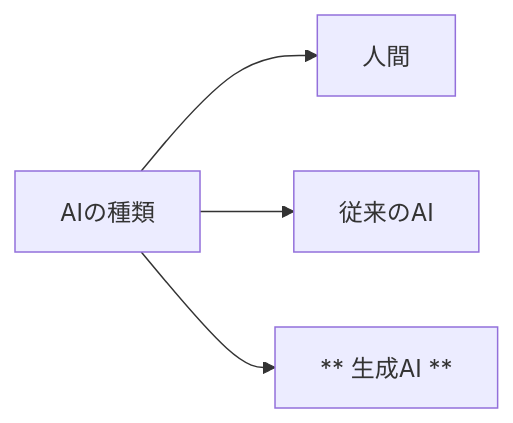
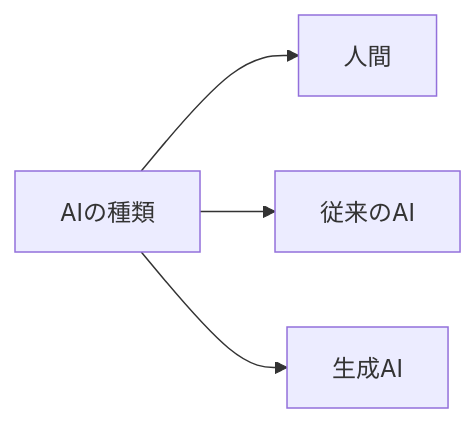
Before and after one commit to SparklingDetergent/doc_genai_Using_Generative_AI_with_Mac_Mini_-Introduction-: the first of 10 diagrams in README.md, drawn with Mermaid. The commit also changed other lines of this file, not shown here.

````diff
--- a/README.md
+++ b/README.md
@@ -13,6 +21,6 @@
 ```mermaid
 graph LR
     A[AIの種類] --> B[人間]
     A --> C[従来のAI]
-    A --> D[ ** 生成AI ** ]
+    A --> D[生成AI]
 ```
````
